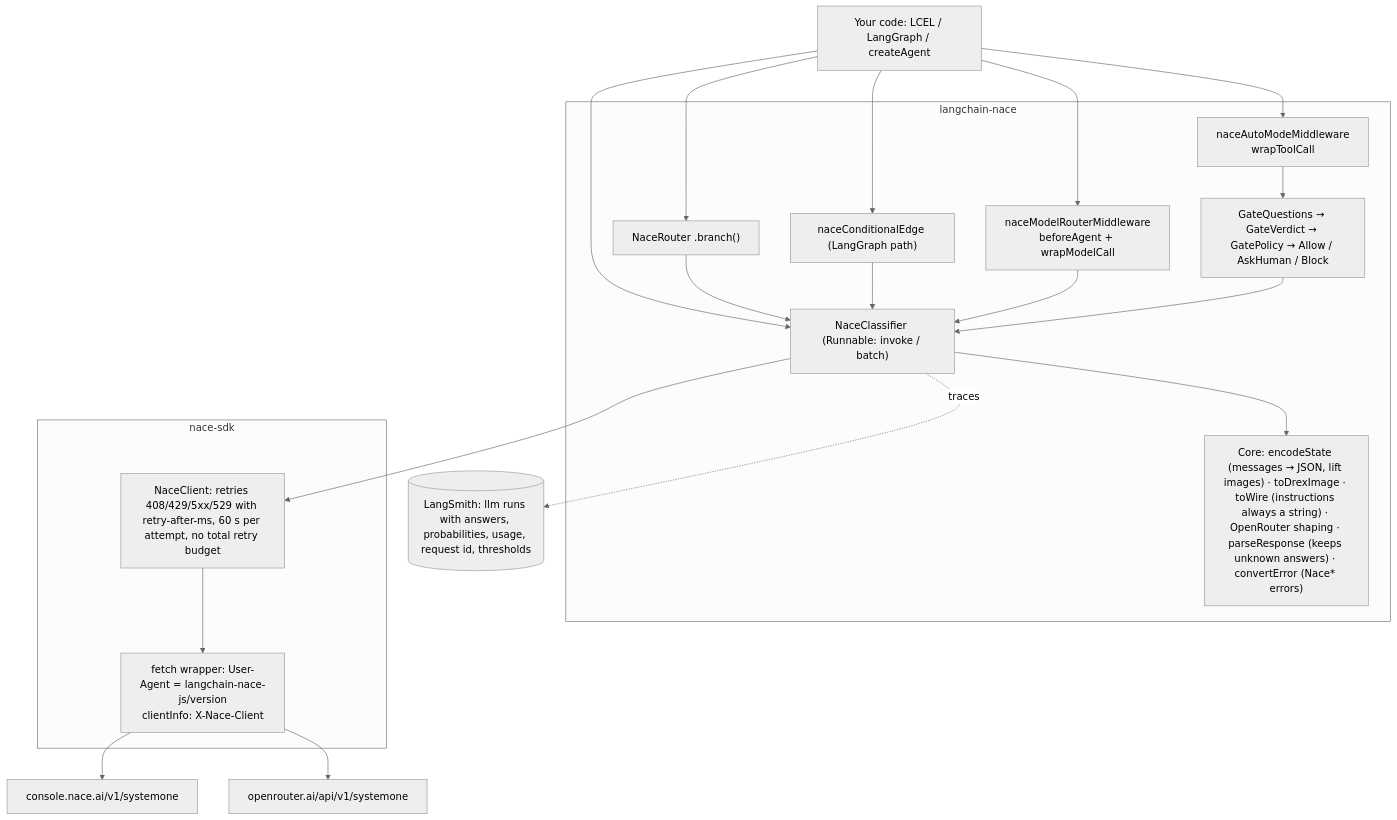
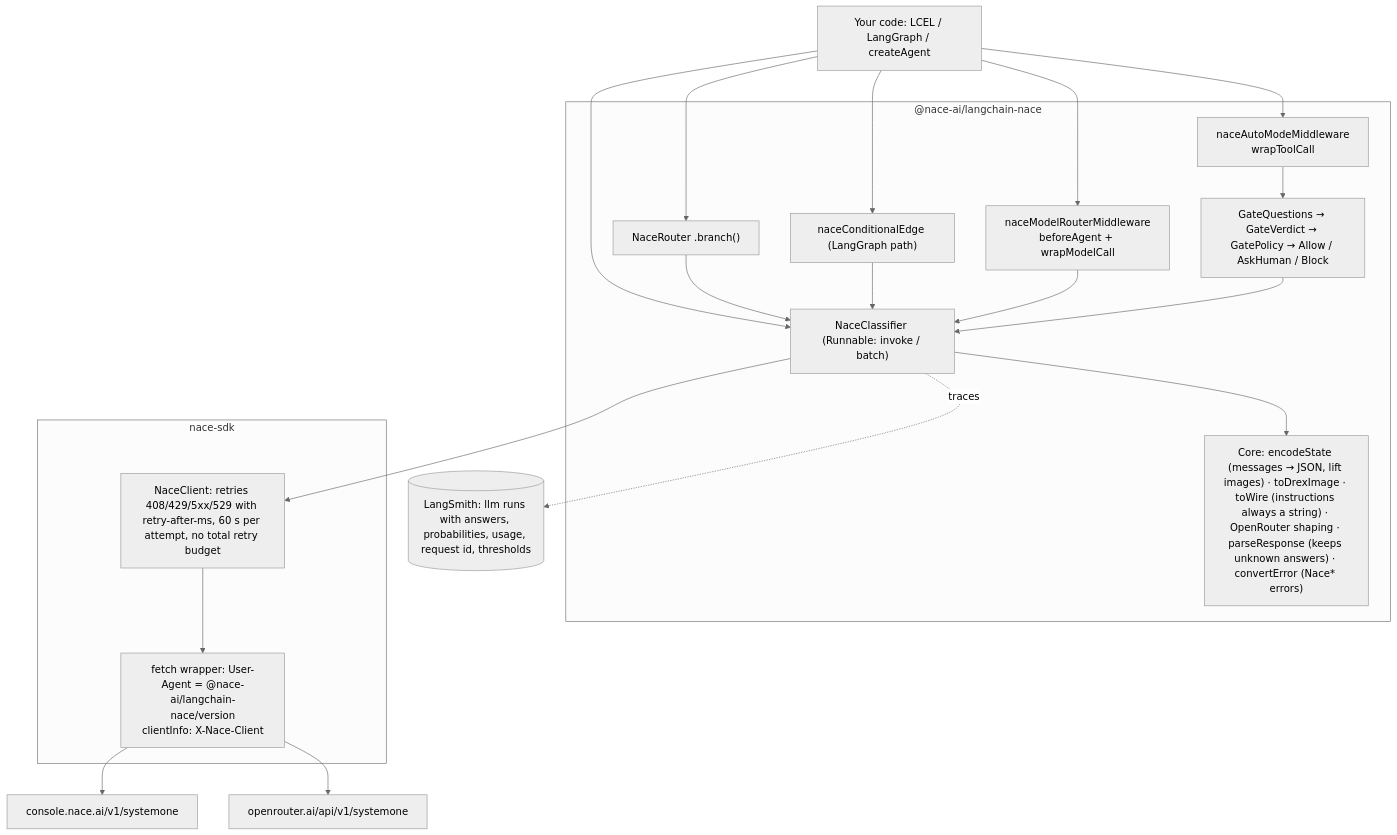
The first of 2 diagrams in docs/design.md (nace-ai/langchain-nace-js), drawn with Mermaid (neutral theme) before and after one commit. The commit also changed other lines of this file and 12 other files, not shown here.

First line of the commit message:
Publish as @nace-ai/langchain-nace (#8)

````diff
--- a/docs/design.md
+++ b/docs/design.md
@@ -16,28 +16,28 @@
 ```mermaid
 flowchart TB
     APP["Your code: LCEL / LangGraph / createAgent"]
-    subgraph Pkg["langchain-nace"]
+    subgraph Pkg["@nace-ai/langchain-nace"]
         NC["NaceClassifier (Runnable: invoke / batch)"]
         NR["NaceRouter .branch()"]
         NE["naceConditionalEdge (LangGraph path)"]
         MR["naceModelRouterMiddleware<br/>beforeAgent + wrapModelCall"]
         AM["naceAutoModeMiddleware<br/>wrapToolCall"]
         GATE["GateQuestions → GateVerdict → GatePolicy → Allow / AskHuman / Block"]
         CORE["Core: encodeState (messages → JSON, lift images) · toDrexImage · toWire (instructions always a string) · OpenRouter shaping · parseResponse (keeps unknown answers) · convertError (Nace* errors)"]
     end
     subgraph SDK["nace-sdk"]
         CL["NaceClient: retries 408/429/5xx/529 with retry-after-ms, 60 s per attempt, no total retry budget"]
-        FX["fetch wrapper: User-Agent = langchain-nace-js/version<br/>clientInfo: X-Nace-Client"]
+        FX["fetch wrapper: User-Agent = @nace-ai/langchain-nace/version<br/>clientInfo: X-Nace-Client"]
     end
     NACE["console.nace.ai/v1/systemone"]
     ORT["openrouter.ai/api/v1/systemone"]
     LS[("LangSmith: llm runs with answers, probabilities, usage, request id, thresholds")]
     APP --> NC & NR & NE & MR & AM
     NR --> NC
     NE --> NC
     MR --> NC
     AM --> GATE --> NC
     NC --> CORE
     NC --> CL --> FX --> NACE & ORT
     NC -. traces .-> LS
 ```
````
